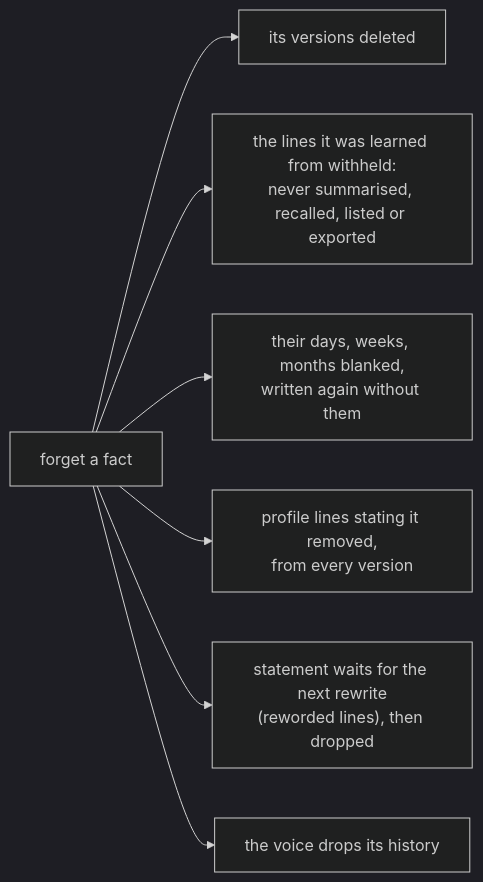
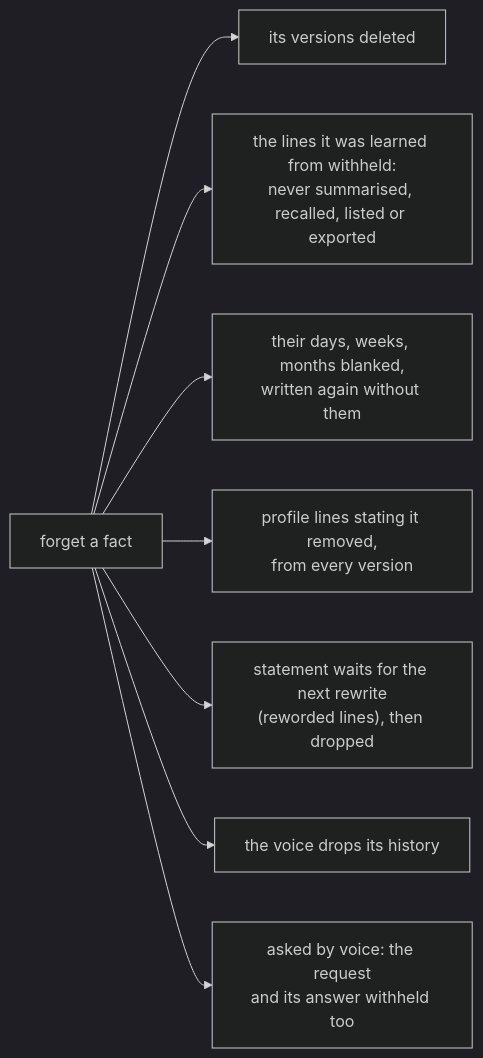
Before and after one commit to SebastienTr/Marvin: the sixth of 6 diagrams in docs/memory.md, drawn with Mermaid (dark theme). The commit also changed other lines of this file and 27 other files, not shown here.

````diff
--- a/docs/memory.md
+++ b/docs/memory.md
@@ -382,9 +383,10 @@
 ```mermaid
 flowchart LR
   F["forget a fact"] --> V["its versions deleted"]
   F --> W["the lines it was learned from withheld:<br/>never summarised, recalled, listed or exported"]
   F --> E["their days, weeks, months blanked,<br/>written again without them"]
   F --> P["profile lines stating it removed,<br/>from every version"]
   F --> R["statement waits for the next rewrite<br/>(reworded lines), then dropped"]
   F --> H["the voice drops its history"]
+  F --> Q["asked by voice: the request<br/>and its answer withheld too"]
 ```
````
